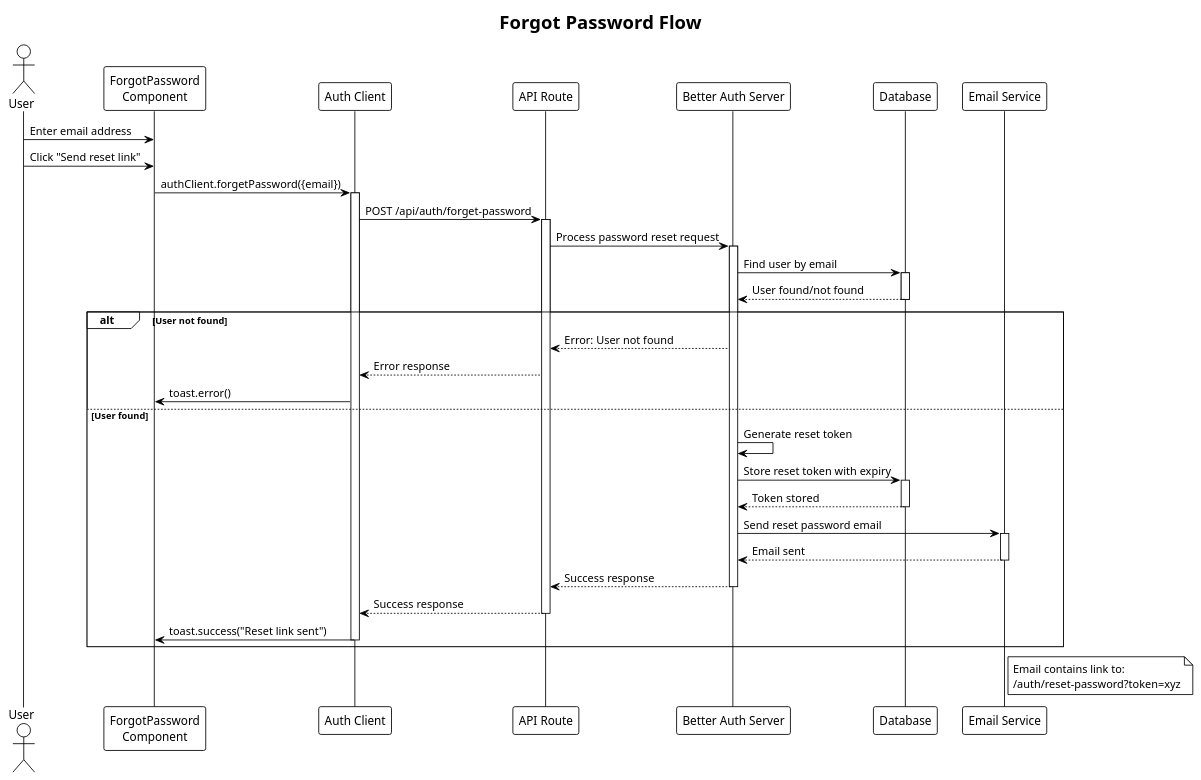
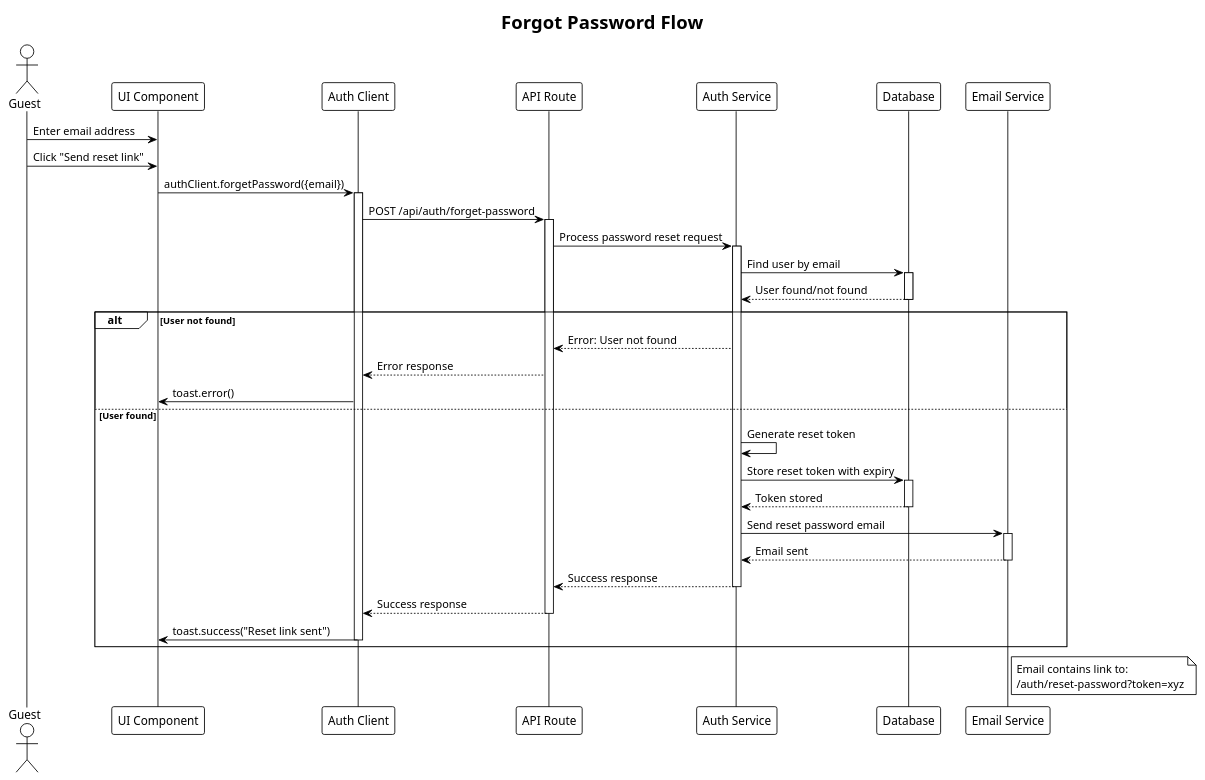
The fifth of 8 diagrams in puml/auth.puml (VieTicket/vieticket-monorepo), drawn with PlantUML before and after one commit. The commit also changed other lines of this file and 4 other files, not shown here.

Commit message:
[OPS-28] seq diagram for seatmap

```diff
--- a/puml/auth.puml
+++ b/puml/auth.puml
@@ -254,61 +254,61 @@
 @startuml forgot-password
 !theme plain
 title Forgot Password Flow
 
-actor User
-participant "ForgotPassword\nComponent" as UI
+actor Guest
+participant "UI Component" as UI
 participant "Auth Client" as Client
 participant "API Route" as API
-participant "Better Auth Server" as Auth
+participant "Auth Service" as Auth
 participant "Database" as DB
 participant "Email Service" as Email
 
-User -> UI: Enter email address
-User -> UI: Click "Send reset link"
+Guest -> UI: Enter email address
+Guest -> UI: Click "Send reset link"
 
 UI -> Client: authClient.forgetPassword({email})
 activate Client
 
 Client -> API: POST /api/auth/forget-password
 activate API
 
 API -> Auth: Process password reset request
 activate Auth
 
 Auth -> DB: Find user by email
 activate DB
 DB --> Auth: User found/not found
 deactivate DB
 
 alt User not found
     Auth --> API: Error: User not found
     API --> Client: Error response
     Client -> UI: toast.error()
 else User found
     Auth -> Auth: Generate reset token
     Auth -> DB: Store reset token with expiry
     activate DB
     DB --> Auth: Token stored
     deactivate DB
     
     Auth -> Email: Send reset password email
     activate Email
     Email --> Auth: Email sent
     deactivate Email
     
     Auth --> API: Success response
     deactivate Auth
     
     API --> Client: Success response
     deactivate API
     
     Client -> UI: toast.success("Reset link sent")
     deactivate Client
 end
 
 note right of Email
   Email contains link to:
   /auth/reset-password?token=xyz
 end note
 
 @enduml
```
